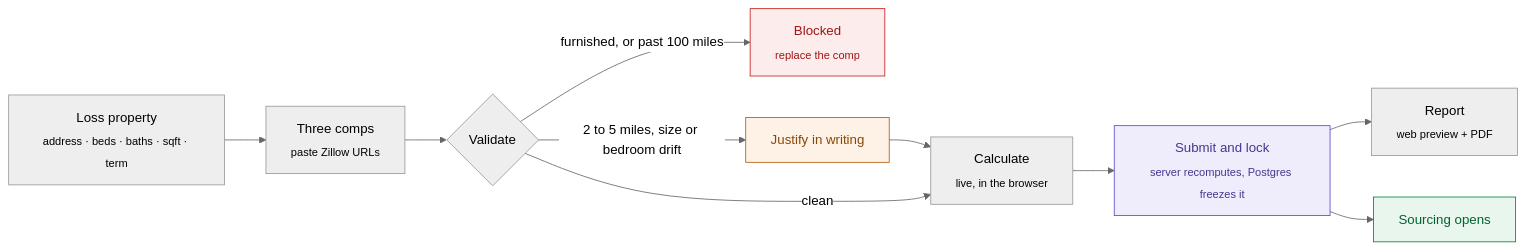
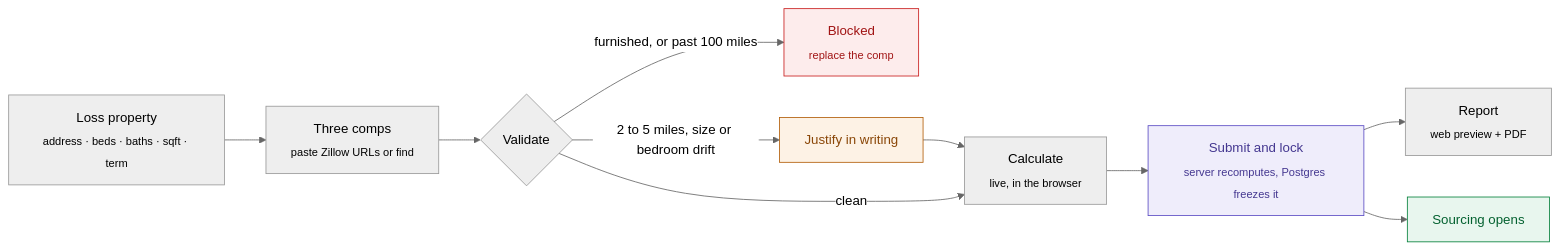
Before and after one commit to Novahavens/FRV: the first of 2 diagrams in README.md, drawn with Mermaid (neutral theme). The commit also changed other lines of this file and 15 other files, not shown here.

````diff
--- a/README.md
+++ b/README.md
@@ -115,17 +133,17 @@
 ```mermaid
 flowchart LR
-    A[Loss property<br/><sub>address · beds · baths · sqft · term</sub>] --> B[Three comps<br/><sub>paste Zillow URLs</sub>]
+    A[Loss property<br/><sub>address · beds · baths · sqft · term</sub>] --> B[Three comps<br/><sub>paste Zillow URLs or find</sub>]
     B --> V{Validate}
     V -- furnished, or past 100 miles --> X[Blocked<br/><sub>replace the comp</sub>]
     V -- 2 to 5 miles, size or bedroom drift --> J[Justify in writing]
     J --> C
     V -- clean --> C[Calculate<br/><sub>live, in the browser</sub>]
     C --> L[Submit and lock<br/><sub>server recomputes, Postgres freezes it</sub>]
     L --> R[Report<br/><sub>web preview + PDF</sub>]
     L --> S[Sourcing opens]
 
     style X fill:#fdecec,stroke:#c81e1e,color:#a11414
     style J fill:#fdf2e5,stroke:#b25e09,color:#8a4708
     style L fill:#efedfb,stroke:#5b4cc4,color:#443790
     style S fill:#e8f6ee,stroke:#05803b,color:#046130
 ```
````
